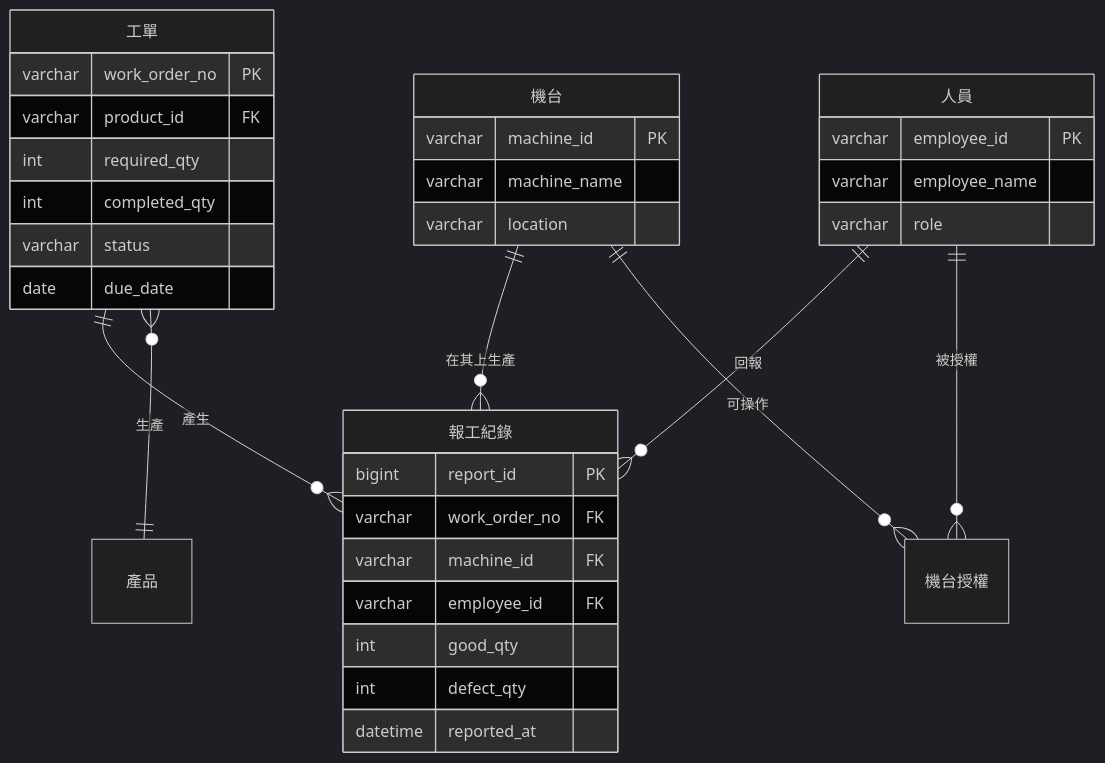
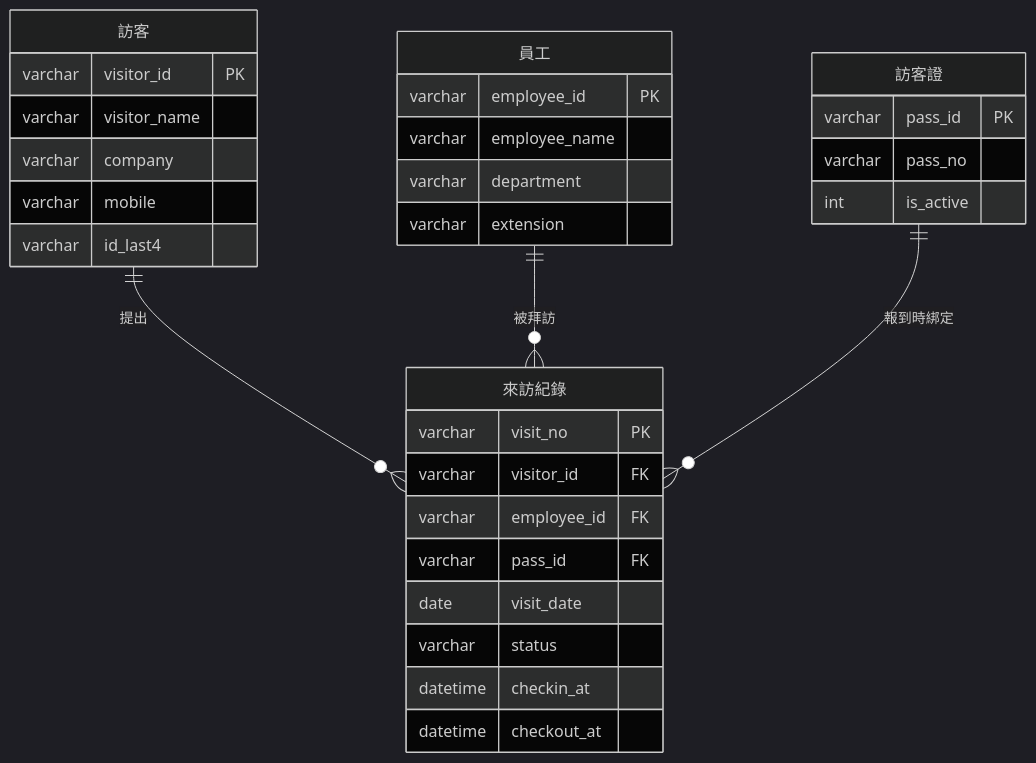
One commit to billy1125/system-analysis-and-design changed the second of 2 diagrams in 01-Course-Materials/07-Data-Modeling.md. Above: the diagram before and after it, drawn with Mermaid (dark theme). The commit also changed other lines of this file and 30 other files, not shown here.

````diff
--- a/01-Course-Materials/07-Data-Modeling.md
+++ b/01-Course-Materials/07-Data-Modeling.md
@@ -124,37 +124,35 @@
 ```mermaid
 erDiagram
-    工單 ||--o{ 報工紀錄 : "產生"
-    機台 ||--o{ 報工紀錄 : "在其上生產"
-    人員 ||--o{ 報工紀錄 : "回報"
-    工單 }o--|| 產品 : "生產"
-    人員 ||--o{ 機台授權 : "被授權"
-    機台 ||--o{ 機台授權 : "可操作"
+    訪客 ||--o{ 來訪紀錄 : "提出"
+    員工 ||--o{ 來訪紀錄 : "被拜訪"
+    訪客證 ||--o{ 來訪紀錄 : "報到時綁定"
 
-    工單 {
-        varchar work_order_no PK
-        varchar product_id FK
-        int required_qty
-        int completed_qty
+    來訪紀錄 {
+        varchar visit_no PK
+        varchar visitor_id FK
+        varchar employee_id FK
+        varchar pass_id FK
+        date visit_date
         varchar status
-        date due_date
+        datetime checkin_at
+        datetime checkout_at
     }
-    報工紀錄 {
-        bigint report_id PK
-        varchar work_order_no FK
-        varchar machine_id FK
-        varchar employee_id FK
-        int good_qty
-        int defect_qty
-        datetime reported_at
+    訪客 {
+        varchar visitor_id PK
+        varchar visitor_name
+        varchar company
+        varchar mobile
+        varchar id_last4
     }
-    機台 {
-        varchar machine_id PK
-        varchar machine_name
-        varchar location
+    訪客證 {
+        varchar pass_id PK
+        varchar pass_no
+        int is_active
     }
-    人員 {
+    員工 {
         varchar employee_id PK
         varchar employee_name
-        varchar role
+        varchar department
+        varchar extension
     }
 ```
````
